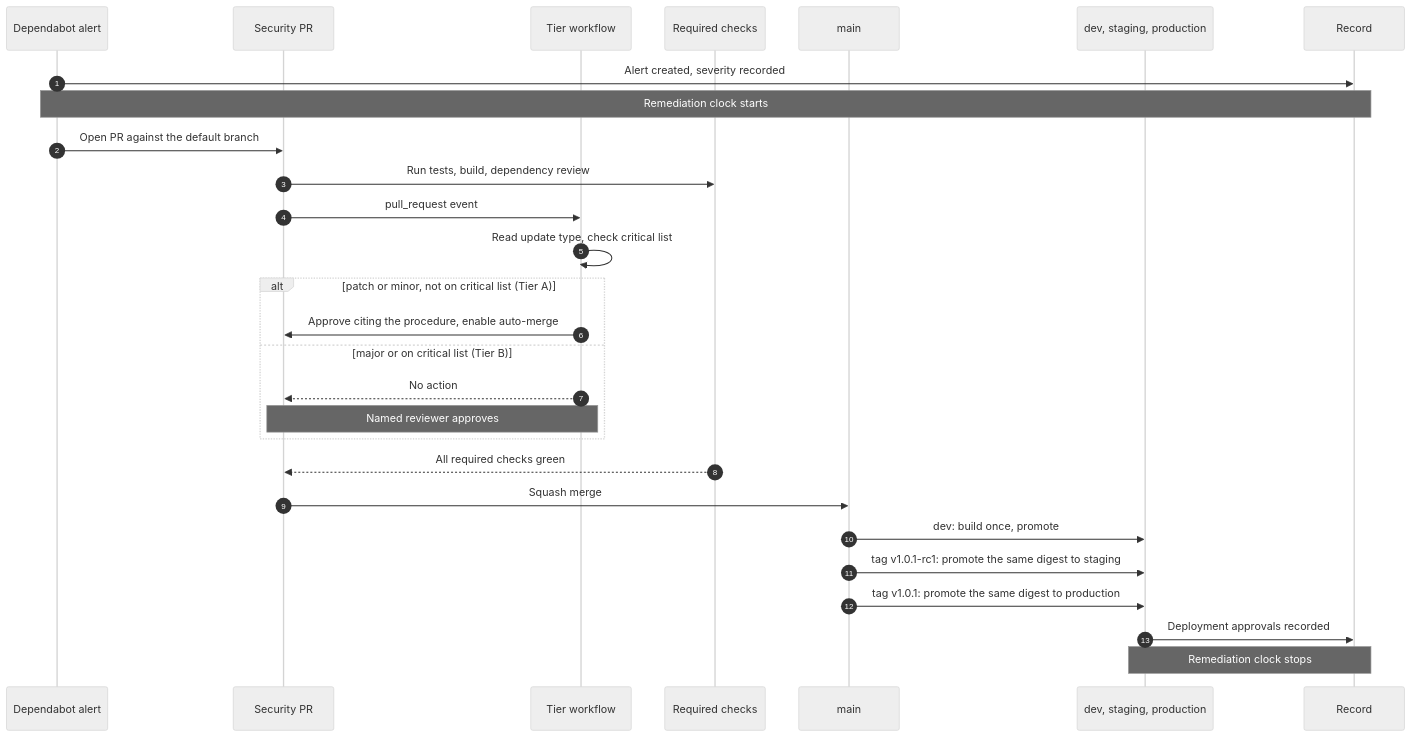
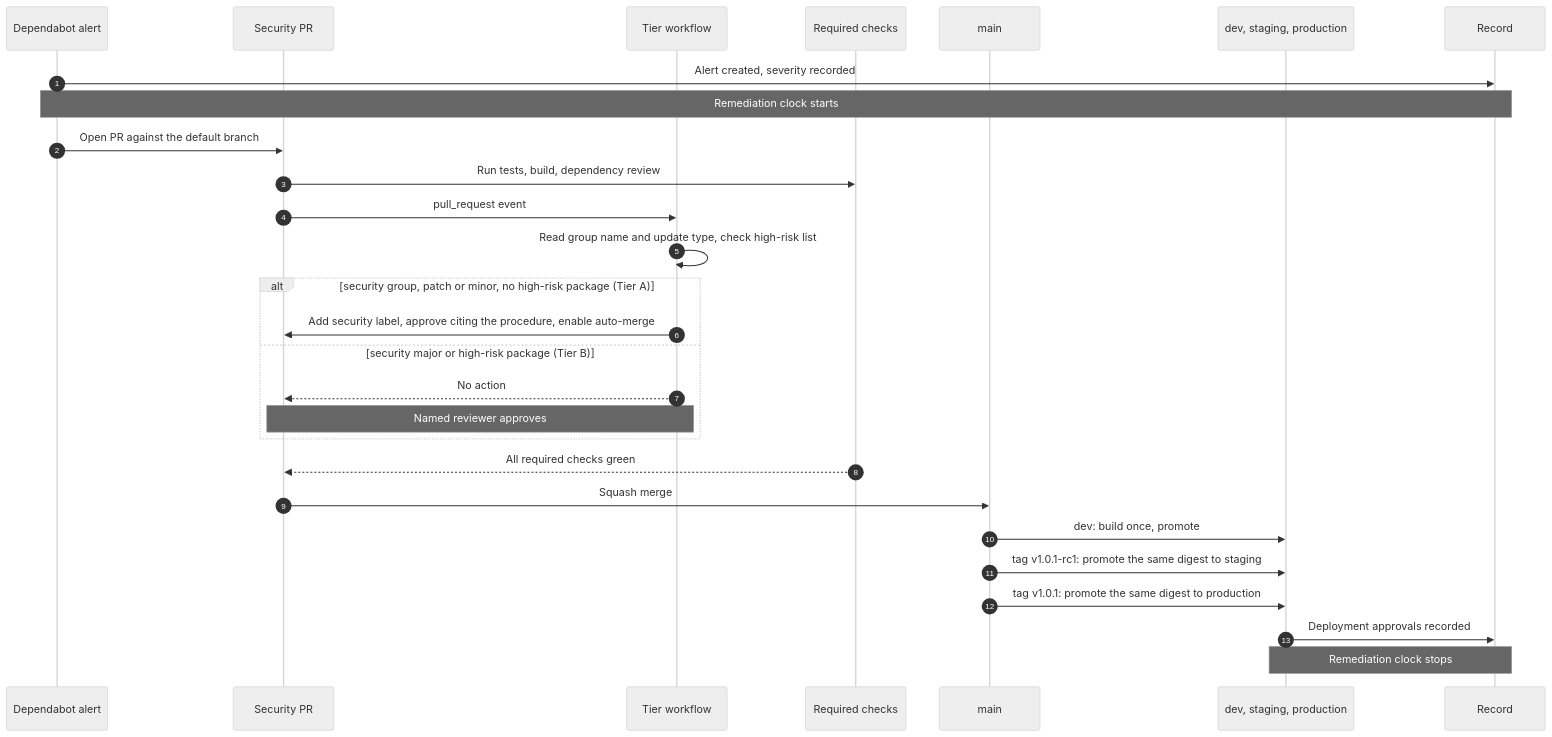
Before and after one commit to Ryan-Small/delivery-playbook: the second of 3 diagrams in docs/branch-model.md, drawn with Mermaid (neutral theme). The commit also changed other lines of this file and 7 other files, not shown here.

First line of the commit message:
Auto-merge security updates only; route routine updates to weekly triage (#7)

````diff
--- a/docs/branch-model.md
+++ b/docs/branch-model.md
@@ -72,31 +72,31 @@
 ```mermaid
 sequenceDiagram
     autonumber
     participant AL as Dependabot alert
     participant PR as Security PR
     participant WF as Tier workflow
     participant CI as Required checks
     participant M as main
     participant ENV as dev, staging, production
     participant REC as Record
 
     AL->>REC: Alert created, severity recorded
     Note over AL,REC: Remediation clock starts
     AL->>PR: Open PR against the default branch
     PR->>CI: Run tests, build, dependency review
     PR->>WF: pull_request event
-    WF->>WF: Read update type, check critical list
-    alt patch or minor, not on critical list (Tier A)
-        WF->>PR: Approve citing the procedure, enable auto-merge
-    else major or on critical list (Tier B)
+    WF->>WF: Read group name and update type, check high-risk list
+    alt security group, patch or minor, no high-risk package (Tier A)
+        WF->>PR: Add security label, approve citing the procedure, enable auto-merge
+    else security major or high-risk package (Tier B)
         WF-->>PR: No action
         Note over PR,WF: Named reviewer approves
     end
     CI-->>PR: All required checks green
     PR->>M: Squash merge
     M->>ENV: dev: build once, promote
     M->>ENV: tag v1.0.1-rc1: promote the same digest to staging
     M->>ENV: tag v1.0.1: promote the same digest to production
     ENV->>REC: Deployment approvals recorded
     Note over ENV,REC: Remediation clock stops
 ```
````
